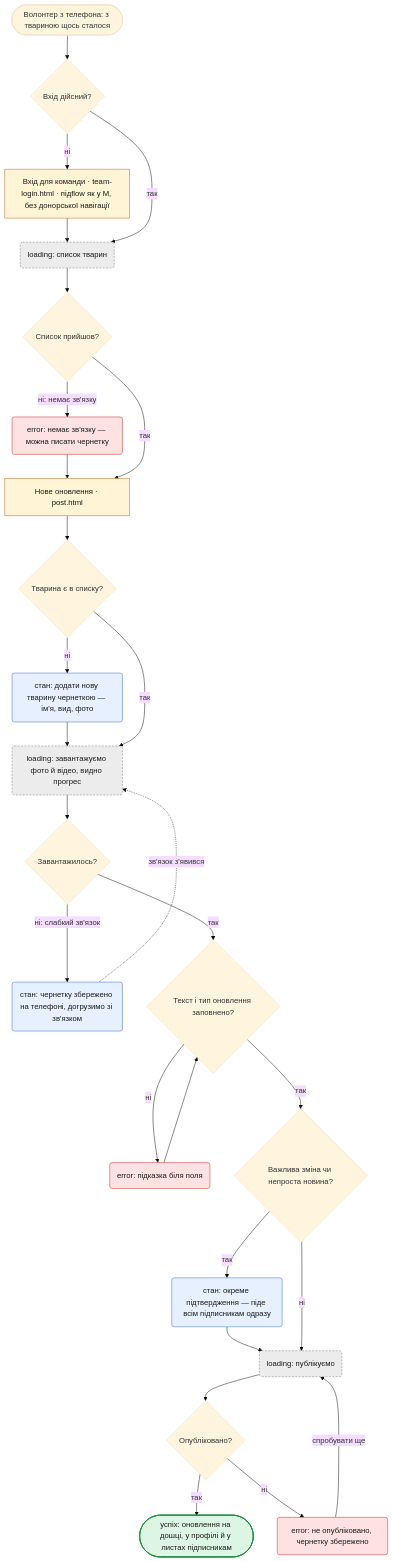
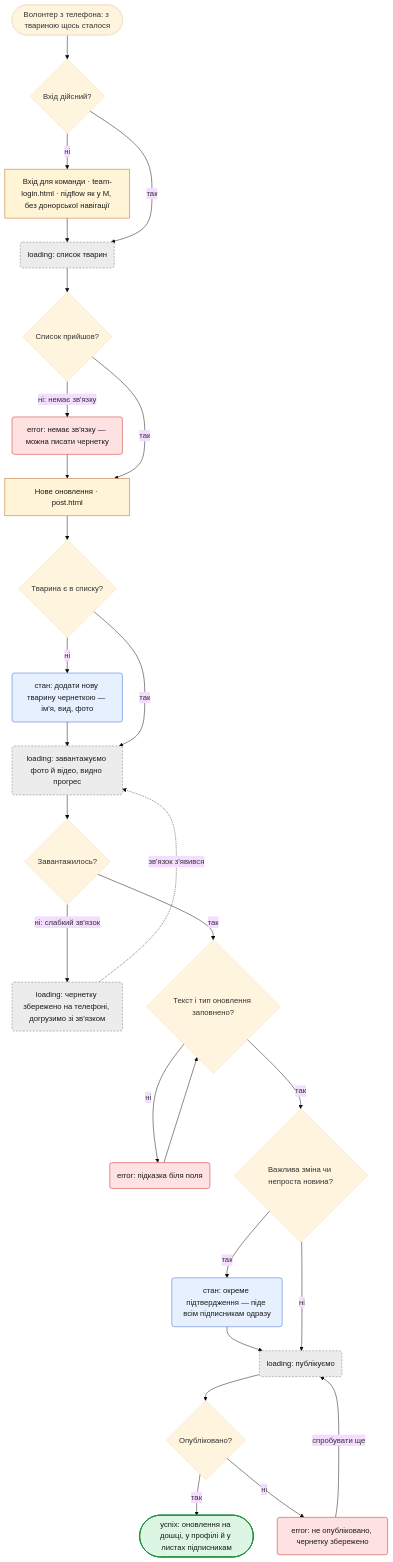
The eighth of 8 diagrams in flows.md (diadieva/pride), drawn with Mermaid (base theme) before and after one commit. The commit also changed other lines of this file and 10 other files, not shown here.

First line of the commit message:
Align flow state types with sitemap and apply review decisions

````diff
--- a/flows.md
+++ b/flows.md
@@ -730,40 +731,39 @@
 ```mermaid
 flowchart TD
     S(["Волонтер з телефона: з твариною щось сталося"]) --> Q1{"Вхід дійсний?"}
     Q1 -->|ні| LOGIN["Вхід для команди · team-login.html · підflow як у M, без донорської навігації"]
     LOGIN --> L1
     Q1 -->|так| L1("loading: список тварин")
     L1 --> Q2{"Список прийшов?"}
     Q2 -->|"ні: немає зв'язку"| E1("error: немає зв'язку — можна писати чернетку")
     E1 --> POST
     Q2 -->|так| POST["Нове оновлення · post.html"]
     POST --> Q3{"Тварина є в списку?"}
     Q3 -->|ні| ST1("стан: додати нову тварину чернеткою — ім'я, вид, фото")
     ST1 --> L2
     Q3 -->|так| L2("loading: завантажуємо фото й відео, видно прогрес")
     L2 --> Q4{"Завантажилось?"}
-    Q4 -->|"ні: слабкий зв'язок"| ST2("стан: чернетку збережено на телефоні, догрузимо зі зв'язком")
+    Q4 -->|"ні: слабкий зв'язок"| ST2("loading: чернетку збережено на телефоні, догрузимо зі зв'язком")
     ST2 -.->|"зв'язок з'явився"| L2
     Q4 -->|так| Q5{"Текст і тип оновлення заповнено?"}
     Q5 -->|ні| E2("error: підказка біля поля")
     E2 --> Q5
     Q5 -->|так| Q6{"Важлива зміна чи непроста новина?"}
     Q6 -->|так| ST3("стан: окреме підтвердження — піде всім підписникам одразу")
     ST3 --> L3
     Q6 -->|ні| L3("loading: публікуємо")
     L3 --> Q7{"Опубліковано?"}
     Q7 -->|так| OK1(["успіх: оновлення на дошці, у профілі й у листах підписникам"])
     Q7 -->|ні| E3("error: не опубліковано, чернетку збережено")
     E3 -->|"спробувати ще"| L3
-
     classDef screen fill:#FFF4D6,stroke:#B5651D,color:#1a1a1a
     classDef loading fill:#ECECEC,stroke:#777777,color:#1a1a1a,stroke-dasharray:4 3
     classDef error fill:#FDE2E1,stroke:#C5221F,color:#1a1a1a
     classDef state fill:#E6F0FF,stroke:#3367D6,color:#1a1a1a
     classDef ok fill:#DDF5E3,stroke:#1E8E3E,color:#1a1a1a,stroke-width:2px
     class LOGIN,POST screen
-    class L1,L2,L3 loading
+    class L1,L2,L3,ST2 loading
     class E1,E2,E3 error
-    class ST1,ST2,ST3 state
+    class ST1,ST3 state
     class OK1 ok
 ```
````
